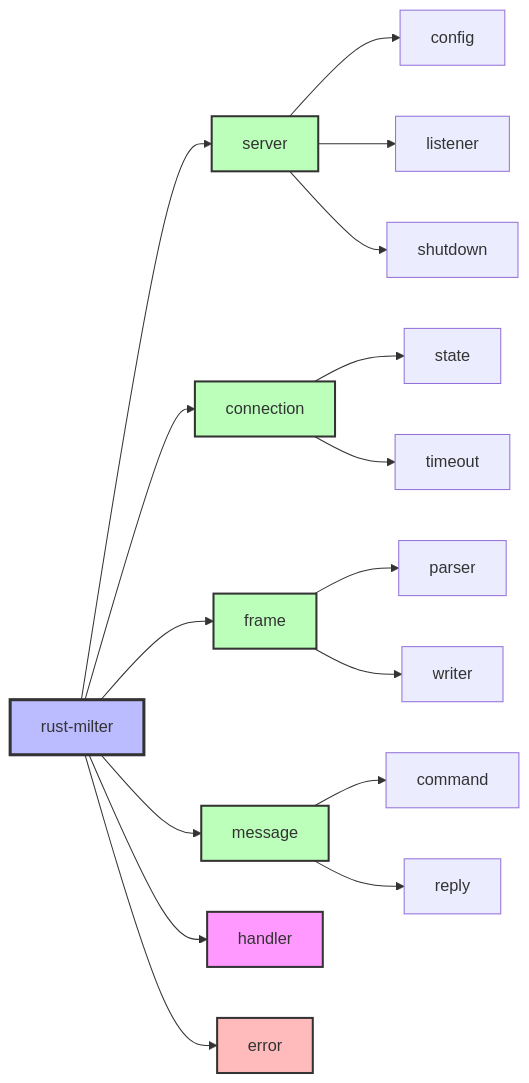
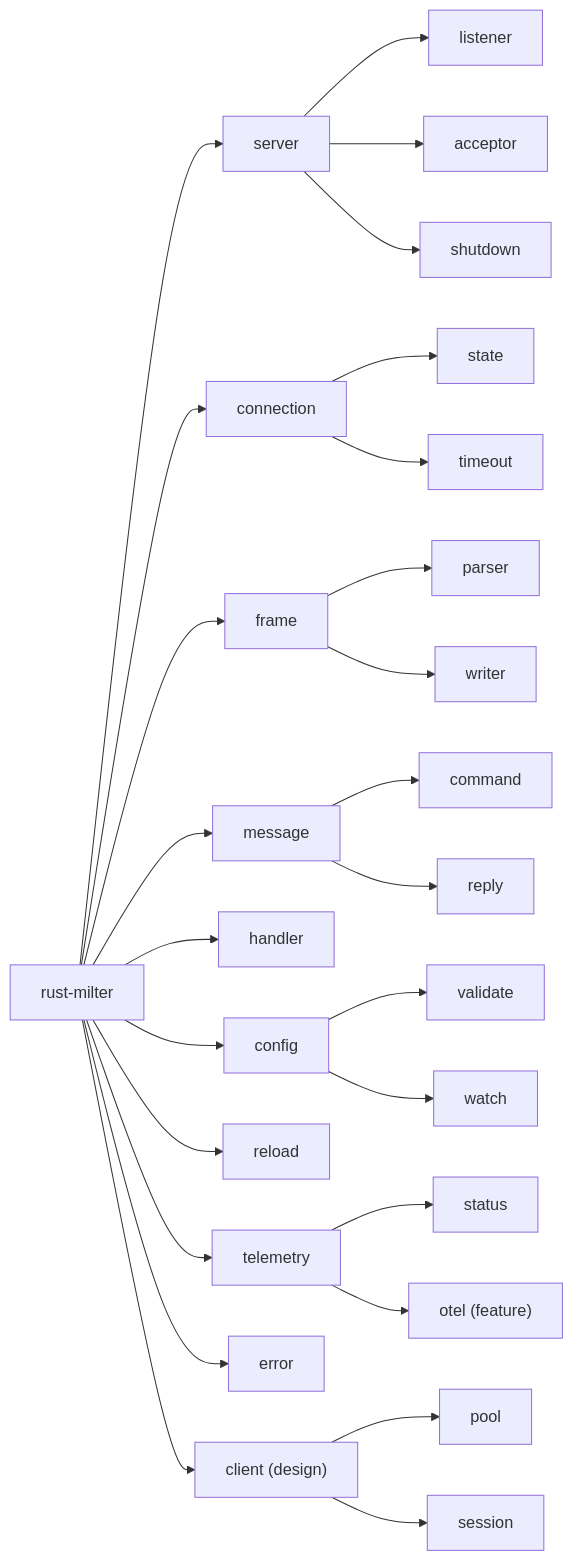
The second of 7 diagrams in docs/reference/architecture.md (photom/rust-milter), drawn with Mermaid before and after one commit. The commit also changed other lines of this file and 13 other files, not shown here.

````diff
--- a/docs/reference/architecture.md
+++ b/docs/reference/architecture.md
@@ -159,32 +182,37 @@
 ```mermaid
-graph LR
-    root[rust-milter]
+flowchart LR
+    root["rust-milter"]
 
     root --> server
     root --> connection
     root --> frame
     root --> message
     root --> handler
+    root --> config
+    root --> reload
+    root --> telemetry
     root --> error
+    root --> client["client (design)"]
 
-    server --> config[config]
-    server --> listener[listener]
-    server --> shutdown[shutdown]
+    server --> listener
+    server --> acceptor
+    server --> shutdown
 
-    connection --> state[state]
-    connection --> timeout[timeout]
+    connection --> transport_state["state"]
+    connection --> timeout
 
-    frame --> parser[parser]
-    frame --> writer[writer]
+    frame --> parser
+    frame --> writer
 
-    message --> command[command]
-    message --> reply[reply]
+    message --> command
+    message --> reply
 
-    style root fill:#bbf,stroke:#333,stroke-width:3px
-    style server fill:#bfb,stroke:#333,stroke-width:2px
-    style connection fill:#bfb,stroke:#333,stroke-width:2px
-    style frame fill:#bfb,stroke:#333,stroke-width:2px
-    style message fill:#bfb,stroke:#333,stroke-width:2px
-    style handler fill:#f9f,stroke:#333,stroke-width:2px
-    style error fill:#fbb,stroke:#333,stroke-width:2px
+    config --> validate
+    config --> watch
+
+    telemetry --> status
+    telemetry --> otel["otel (feature)"]
+
+    client --> pool
+    client --> session
 ```
````
